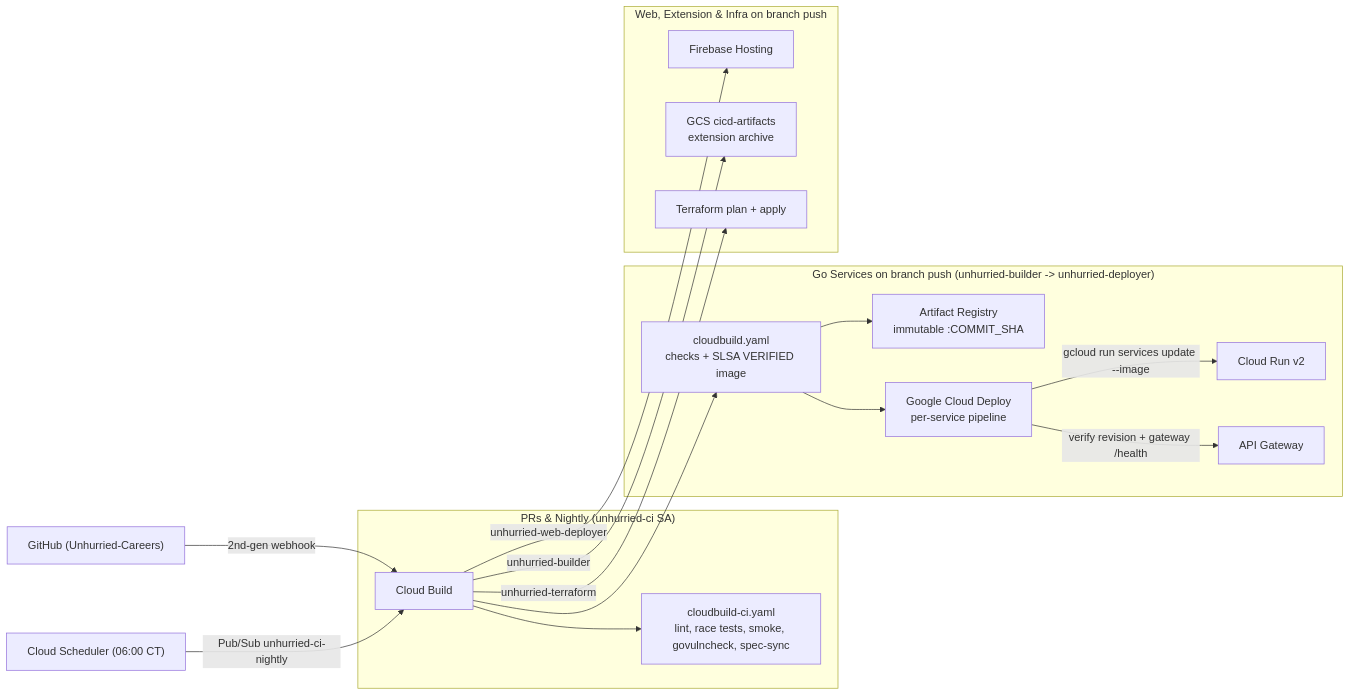
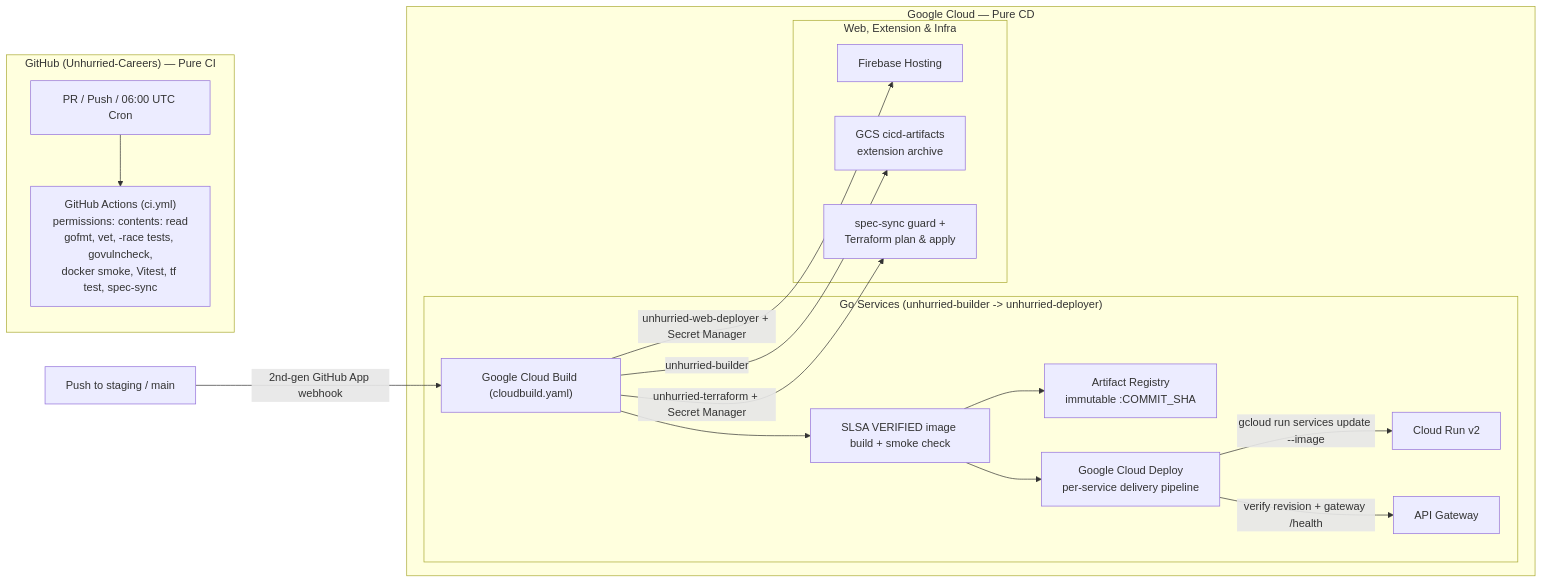
Before and after one commit to Unhurried-Careers/unhurried-product: the diagram in docs/ci-cd.md, drawn with Mermaid. The commit also changed other lines of this file and 6 other files, not shown here.

Commit message:
ci(cicd): split CI to GitHub Actions and CD to Google Cloud

````diff
--- a/docs/ci-cd.md
+++ b/docs/ci-cd.md
@@ -19,23 +23,24 @@
 ```mermaid
 flowchart LR
-  GH["GitHub (Unhurried-Careers)"] -->|2nd-gen webhook| CB["Cloud Build"]
-  SCH["Cloud Scheduler (06:00 CT)"] -->|Pub/Sub unhurried-ci-nightly| CB
-
-  subgraph PR_Nightly["PRs & Nightly (unhurried-ci SA)"]
-    CB --> CI["cloudbuild-ci.yaml<br/>lint, race tests, smoke, govulncheck, spec-sync"]
+  subgraph GitHub["GitHub (Unhurried-Careers) — Pure CI"]
+    PR["PR / Push / 06:00 UTC Cron"] --> GHA["GitHub Actions (ci.yml)<br/>permissions: contents: read<br/>gofmt, vet, -race tests, govulncheck,<br/>docker smoke, Vitest, tf test, spec-sync"]
   end
 
-  subgraph Service_CD["Go Services on branch push (unhurried-builder -> unhurried-deployer)"]
-    CB --> B1["cloudbuild.yaml<br/>checks + SLSA VERIFIED image"]
-    B1 --> AR["Artifact Registry<br/>immutable :COMMIT_SHA"]
-    B1 --> CD["Google Cloud Deploy<br/>per-service pipeline"]
-    CD -->|gcloud run services update --image| CR["Cloud Run v2"]
-    CD -->|verify revision + gateway /health| GW["API Gateway"]
-  end
+  GH_PUSH["Push to staging / main"] -->|2nd-gen GitHub App webhook| CB["Google Cloud Build (cloudbuild.yaml)"]
 
-  subgraph Web_Infra["Web, Extension & Infra on branch push"]
-    CB -->|unhurried-web-deployer| FH["Firebase Hosting"]
-    CB -->|unhurried-builder| GCS["GCS cicd-artifacts<br/>extension archive"]
-    CB -->|unhurried-terraform| TF["Terraform plan + apply"]
+  subgraph GCP_CD["Google Cloud — Pure CD"]
+    subgraph Service_CD["Go Services (unhurried-builder -> unhurried-deployer)"]
+      CB --> B1["SLSA VERIFIED image build + smoke check"]
+      B1 --> AR["Artifact Registry<br/>immutable :COMMIT_SHA"]
+      B1 --> CD["Google Cloud Deploy<br/>per-service delivery pipeline"]
+      CD -->|gcloud run services update --image| CR["Cloud Run v2"]
+      CD -->|verify revision + gateway /health| GW["API Gateway"]
+    end
+
+    subgraph Web_Infra["Web, Extension & Infra"]
+      CB -->|unhurried-web-deployer + Secret Manager| FH["Firebase Hosting"]
+      CB -->|unhurried-builder| GCS["GCS cicd-artifacts<br/>extension archive"]
+      CB -->|unhurried-terraform + Secret Manager| TF["spec-sync guard +<br/>Terraform plan & apply"]
+    end
   end
 ```
````
